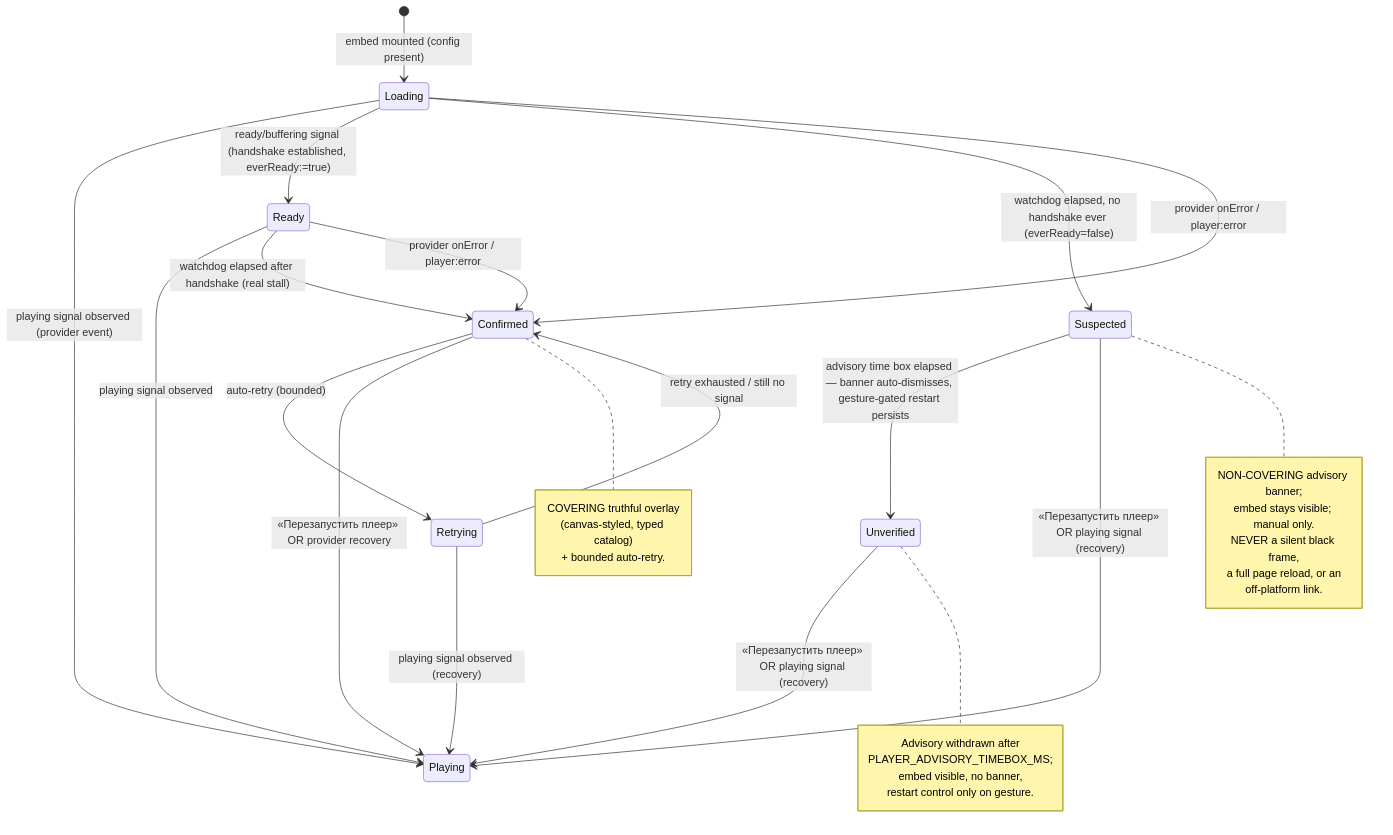
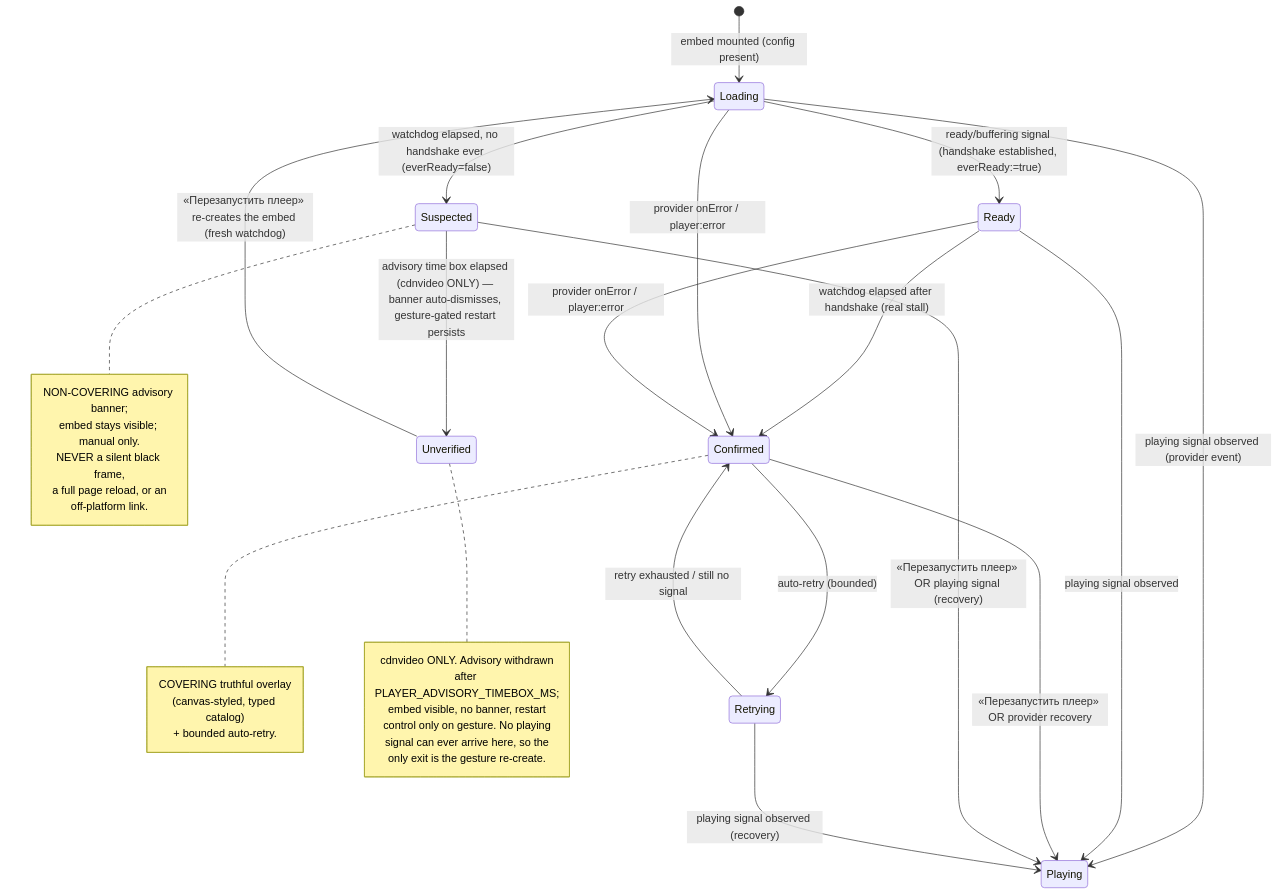
One commit to doctor-school/ds-platform changed the fourth of 9 diagrams in apps/docs/content/specs/features/006-webinar-room/006-design.md. Above: the diagram before and after it, drawn with Mermaid. The commit also changed other lines of this file, not shown here.

Commit message:
docs(006): Mode-a rework — vk out of the unobservable set, cdnvideo-only advisory time box
Fixes the two REQUEST_CHANGES blockers on PR #1397 plus both suggestions:
- SUSPECTED-grade bullet no longer lists vk as unobservable; the grade ceiling is cdnvideo plus any embed whose handshake never arrived.
- The state-diagram Suspected --> Unverified edge carries the cdnvideo-only guard, matching EARS-18.3 and design 8.2; prose states that every other SUSPECTED case keeps its banner.
- Unverified now exits to Loading via the gesture re-create (a playing signal can never arrive for cdnvideo).
- PLAYER_ADVISORY_TIMEBOX_MS ~60 s marked a lead-chosen starting default, not derived from #1314.

````diff
--- a/apps/docs/content/specs/features/006-webinar-room/006-design.md
+++ b/apps/docs/content/specs/features/006-webinar-room/006-design.md
@@ -116,36 +116,38 @@
 ```mermaid
 stateDiagram-v2
   [*] --> Loading: embed mounted (config present)
   Loading --> Playing: playing signal observed (provider event)
   Loading --> Ready: ready/buffering signal (handshake established, everReady:=true)
   Ready --> Playing: playing signal observed
   Loading --> Suspected: watchdog elapsed, no handshake ever (everReady=false)
-  Suspected --> Unverified: advisory time box elapsed — banner auto-dismisses, gesture-gated restart persists
-  Unverified --> Playing: «Перезапустить плеер» OR playing signal (recovery)
+  Suspected --> Unverified: advisory time box elapsed (cdnvideo ONLY) — banner auto-dismisses, gesture-gated restart persists
+  Unverified --> Loading: «Перезапустить плеер» re-creates the embed (fresh watchdog)
   Ready --> Confirmed: watchdog elapsed after handshake (real stall)
   Loading --> Confirmed: provider onError / player:error
   Ready --> Confirmed: provider onError / player:error
   Confirmed --> Retrying: auto-retry (bounded)
   Confirmed --> Playing: «Перезапустить плеер» OR provider recovery
   Suspected --> Playing: «Перезапустить плеер» OR playing signal (recovery)
   Retrying --> Playing: playing signal observed (recovery)
   Retrying --> Confirmed: retry exhausted / still no signal
   note right of Confirmed
     COVERING truthful overlay
     (canvas-styled, typed catalog)
     + bounded auto-retry.
   end note
   note right of Unverified
-    Advisory withdrawn after
-    PLAYER_ADVISORY_TIMEBOX_MS;
-    embed visible, no banner,
-    restart control only on gesture.
+    cdnvideo ONLY. Advisory withdrawn
+    after PLAYER_ADVISORY_TIMEBOX_MS;
+    embed visible, no banner, restart
+    control only on gesture. No playing
+    signal can ever arrive here, so the
+    only exit is the gesture re-create.
   end note
   note right of Suspected
     NON-COVERING advisory banner;
     embed stays visible; manual only.
     NEVER a silent black frame,
     a full page reload, or an
     off-platform link.
   end note
 ```
````
